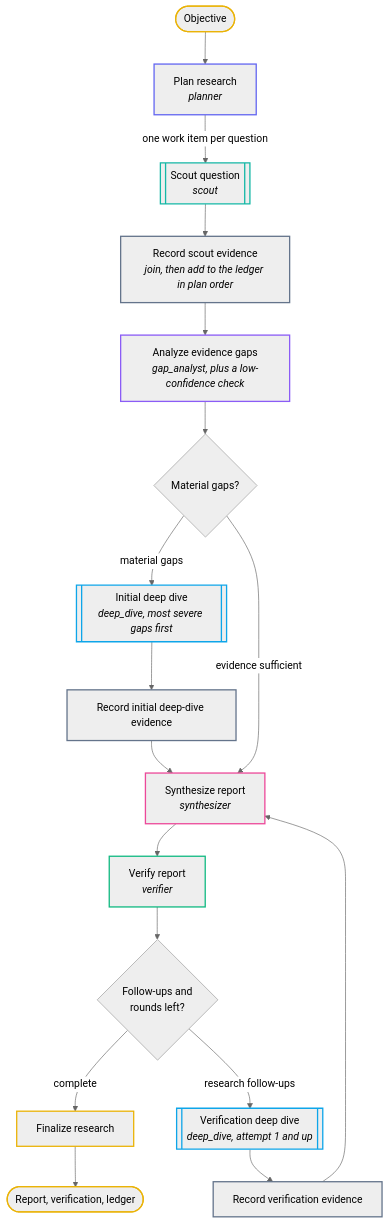
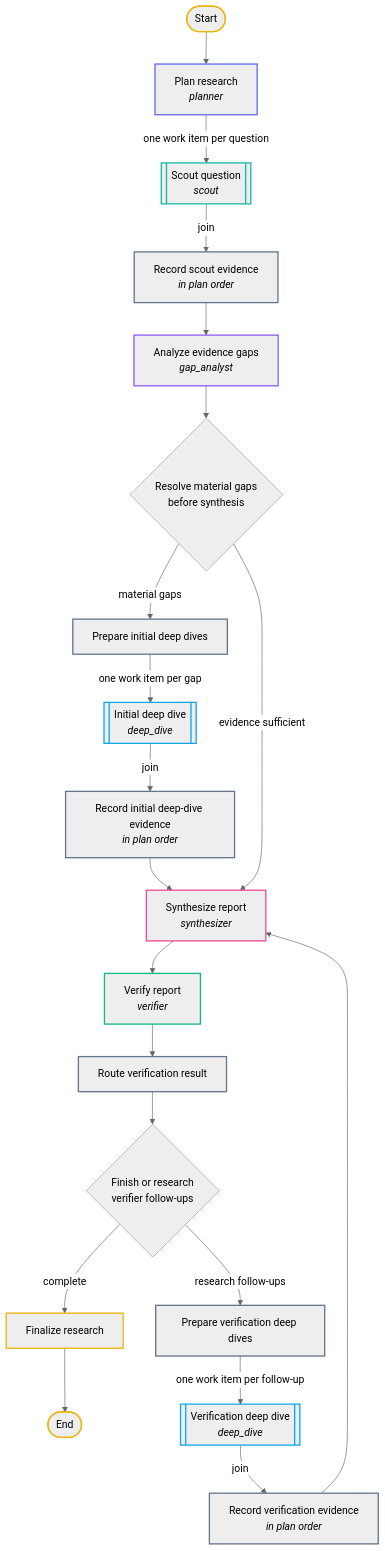
One commit to rjanseko/research-loop changed the diagram in docs/graph.md. Above: the diagram before and after it, drawn with Mermaid (neutral theme). The commit also changed other lines of this file and 1 other file, not shown here.

Commit message:
Name every diagram box after its graph.py step
Show the prepare, route, and finalize steps the diagrams had folded away,
use the decision notes from the code, and match the example's step table.

Claude-Session: https://claude.ai/code/session_01WMBSVZ9HUx9n82JrjevCS7

````diff
--- a/docs/graph.md
+++ b/docs/graph.md
@@ -7,36 +7,39 @@
 ```mermaid
 flowchart TB
-    start(["Objective"]) --> plan["Plan research<br/><i>planner</i>"]
+    start(["Start"]) --> plan["Plan research<br/><i>planner</i>"]
     plan -->|"one work item per question"| scout[["Scout question<br/><i>scout</i>"]]
-    scout --> record1["Record scout evidence<br/><i>join, then add to the ledger in plan order</i>"]
-    record1 --> gaps["Analyze evidence gaps<br/><i>gap_analyst, plus a low-confidence check</i>"]
-    gaps --> gapdecision{"Material gaps?"}
-    gapdecision -->|"material gaps"| deep[["Initial deep dive<br/><i>deep_dive, most severe gaps first</i>"]]
-    deep --> record2["Record initial deep-dive evidence"]
-    record2 --> synth
-    gapdecision -->|"evidence sufficient"| synth["Synthesize report<br/><i>synthesizer</i>"]
-    synth --> verify["Verify report<br/><i>verifier</i>"]
-    verify --> route{"Follow-ups and<br/>rounds left?"}
-    route -->|"complete"| finalize["Finalize research"]
-    finalize --> done(["Report, verification, ledger"])
-    route -->|"research follow-ups"| vdeep[["Verification deep dive<br/><i>deep_dive, attempt 1 and up</i>"]]
-    vdeep --> record3["Record verification evidence"]
-    record3 --> synth
+    scout -->|"join"| record_scouts["Record scout evidence<br/><i>in plan order</i>"]
+    record_scouts --> analyze_gaps["Analyze evidence gaps<br/><i>gap_analyst</i>"]
+    analyze_gaps --> initial_gap_decision{"Resolve material gaps<br/>before synthesis"}
+    initial_gap_decision -->|"material gaps"| prepare_initial["Prepare initial deep dives"]
+    prepare_initial -->|"one work item per gap"| initial_deep_dive[["Initial deep dive<br/><i>deep_dive</i>"]]
+    initial_deep_dive -->|"join"| record_initial["Record initial deep-dive evidence<br/><i>in plan order</i>"]
+    record_initial --> synthesize
+    initial_gap_decision -->|"evidence sufficient"| synthesize["Synthesize report<br/><i>synthesizer</i>"]
+    synthesize --> verify["Verify report<br/><i>verifier</i>"]
+    verify --> route["Route verification result"]
+    route --> verification_decision{"Finish or research<br/>verifier follow-ups"}
+    verification_decision -->|"complete"| finalize["Finalize research"]
+    finalize --> finish(["End"])
+    verification_decision -->|"research follow-ups"| prepare_verification["Prepare verification deep dives"]
+    prepare_verification -->|"one work item per follow-up"| verification_deep_dive[["Verification deep dive<br/><i>deep_dive</i>"]]
+    verification_deep_dive -->|"join"| record_verification["Record verification evidence<br/><i>in plan order</i>"]
+    record_verification --> synthesize
 
     classDef planner stroke:#6366f1,stroke-width:2px
     classDef scout stroke:#14b8a6,stroke-width:2px
     classDef join stroke:#64748b,stroke-width:2px
     classDef gap stroke:#8b5cf6,stroke-width:2px
     classDef deep stroke:#0ea5e9,stroke-width:2px
     classDef synth stroke:#ec4899,stroke-width:2px
     classDef verify stroke:#10b981,stroke-width:2px
     classDef done stroke:#eab308,stroke-width:2px
     class plan planner
     class scout scout
-    class record1,record2,record3 join
-    class gaps gap
-    class deep,vdeep deep
-    class synth synth
+    class record_scouts,record_initial,record_verification,prepare_initial,prepare_verification,route join
+    class analyze_gaps gap
+    class initial_deep_dive,verification_deep_dive deep
+    class synthesize synth
     class verify verify
-    class start,finalize,done done
+    class start,finalize,finish done
 ```
````
